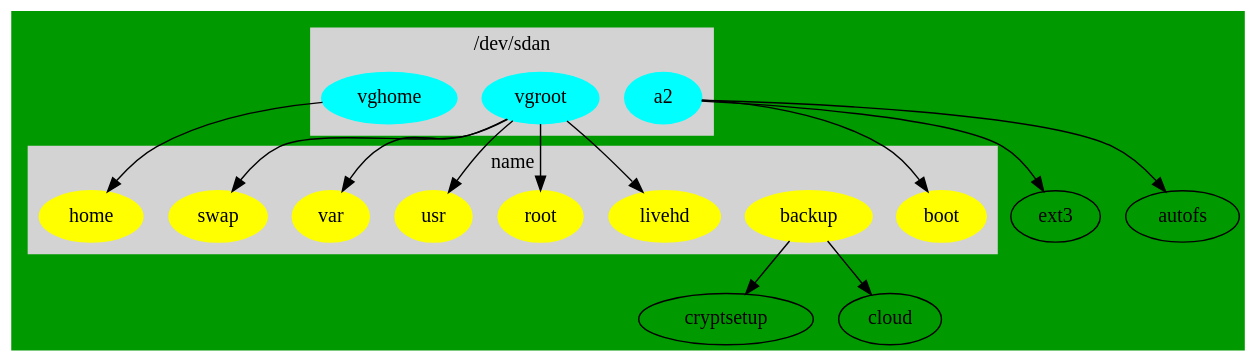
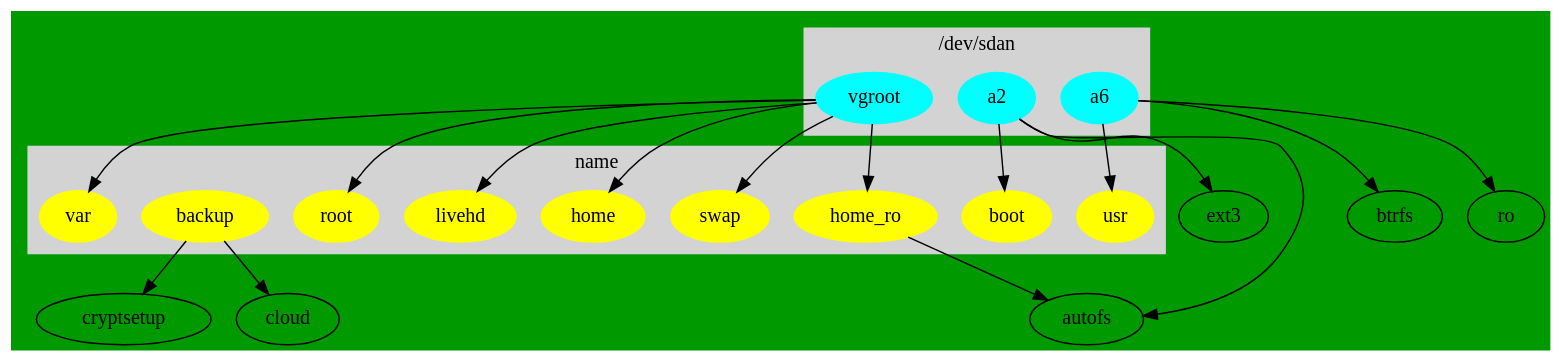
The diagram in dot/.config/dupl/parted.dot (cdede/dotfiles), drawn with Graphviz before and after one commit.

Commit message:
usr change to btrfs ro

```diff
--- a/dot/.config/dupl/parted.dot
+++ b/dot/.config/dupl/parted.dot
@@ -1,42 +1,47 @@
 // dot -Tpng  parted.dot -o line1.png
 //  default ext4
 digraph G {
   bgcolor ="#009900";
 
 	subgraph cluster_0 {
 		style=filled;
 		color=lightgrey;
 		node [style=filled,color=cyan];
 		a2 ;
                 vgroot;
-                vghome;
+                a6;
 		label = "/dev/sdan";
 	}
 
 	subgraph cluster_2 {
 		style=filled;
 		color=lightgrey;
 		node [style=filled,color=yellow];
 		boot;
 		backup;
                 livehd;
 		root ;
                 usr;
                 var;
 		swap;
 		home;
+                home_ro;
 		label = "name";
 	}
 
 	a2 -> boot;
 	a2 -> ext3;
 	a2 -> autofs;
         vgroot -> swap ;
         vgroot -> root ;
-        vgroot -> usr ;
         vgroot -> var ;
-        vghome -> home;
+        vgroot -> home;
         vgroot ->livehd;
+        vgroot ->home_ro;
+        home_ro->autofs;
+        a6 -> usr ;
+        a6 ->btrfs;
+        a6 ->ro;
         backup -> cryptsetup;
         backup -> cloud;
 }
```
